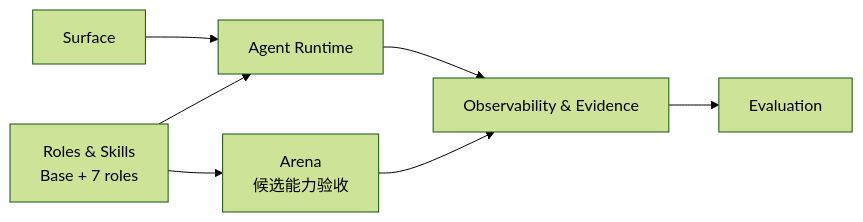
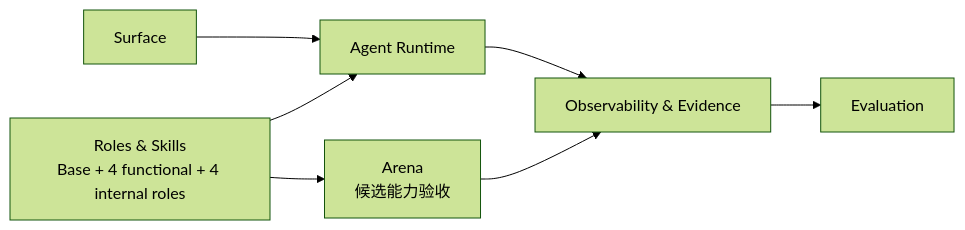
Before and after one commit to fightheyyy/XiaoBa-CLI: the diagram in docs/PLAN.md, drawn with Mermaid (forest theme). The commit also changed other lines of this file and 103 other files, not shown here.

````diff
--- a/docs/PLAN.md
+++ b/docs/PLAN.md
@@ -22,9 +25,9 @@
 ```mermaid
 flowchart LR
     Surface["Surface"] --> Runtime["Agent Runtime"]
-    Roles["Roles & Skills<br/>Base + 7 roles"] --> Runtime
+    Roles["Roles & Skills<br/>Base + 4 functional + 4 internal roles"] --> Runtime
     Runtime --> Evidence["Observability & Evidence"]
     Evidence --> Evaluation["Evaluation"]
     Roles --> Arena["Arena<br/>候选能力验收"]
     Arena --> Evidence
 ```
````
